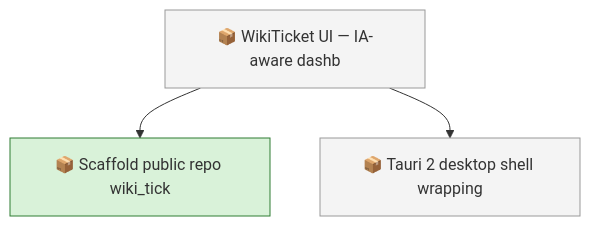
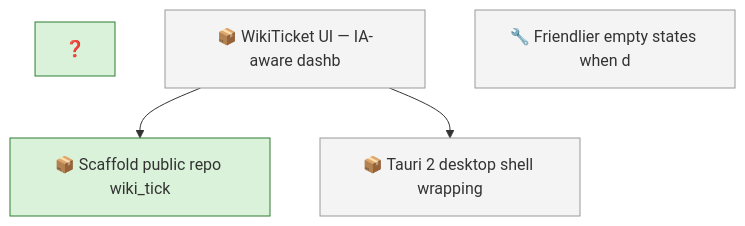
One commit to SpillwaveSolutions/wiki_ticket_sdd_ui changed the first of 2 diagrams in docs/roadmap.md. Above: the diagram before and after it, drawn with Mermaid. The commit also changed other lines of this file and 8 other files, not shown here.

````diff
--- a/docs/roadmap.md
+++ b/docs/roadmap.md
@@ -44,12 +60,14 @@
 ```mermaid
 graph TD
+    01KY5ZZX["❓ "]
     01KY5ZZX8Y6N7E5YQYP4X1V7VA["📦 Scaffold public repo wiki_tick"]
     01KY5ZZX8YXD5YDJKQGJ3VCCHN["📦 WikiTicket UI — IA-aware dashb"]
     01KY5ZZX8Z46K7BCSPPFKN23JZ["📦 Tauri 2 desktop shell wrapping"]
+    01KY67KXG4E4D2P1FJ6JPKTYX3["🔧 Friendlier empty states when d"]
     01KY5ZZX8YXD5YDJKQGJ3VCCHN --> 01KY5ZZX8Y6N7E5YQYP4X1V7VA
     01KY5ZZX8YXD5YDJKQGJ3VCCHN --> 01KY5ZZX8Z46K7BCSPPFKN23JZ
     classDef todo fill:#f4f4f4,stroke:#999999
-    class 01KY5ZZX8YXD5YDJKQGJ3VCCHN,01KY5ZZX8Z46K7BCSPPFKN23JZ todo
+    class 01KY5ZZX8YXD5YDJKQGJ3VCCHN,01KY5ZZX8Z46K7BCSPPFKN23JZ,01KY67KXG4E4D2P1FJ6JPKTYX3 todo
     classDef in_progress fill:#d9f2d9,stroke:#2e7d32
-    class 01KY5ZZX8Y6N7E5YQYP4X1V7VA in_progress
+    class 01KY5ZZX,01KY5ZZX8Y6N7E5YQYP4X1V7VA in_progress
 ```
````
